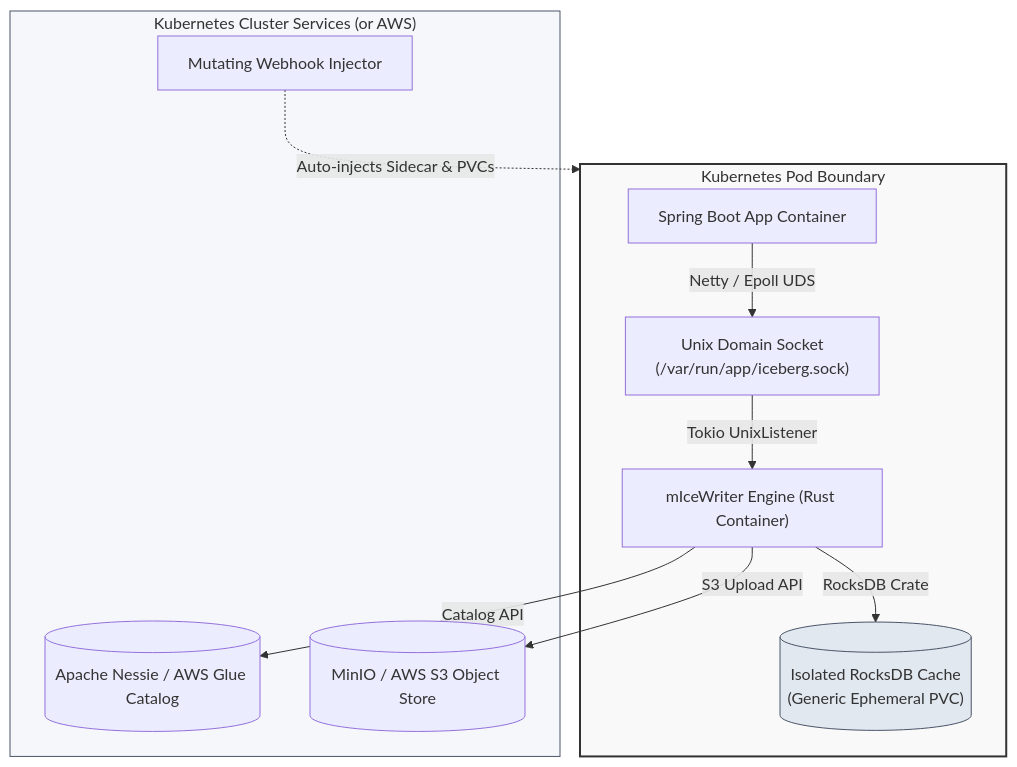
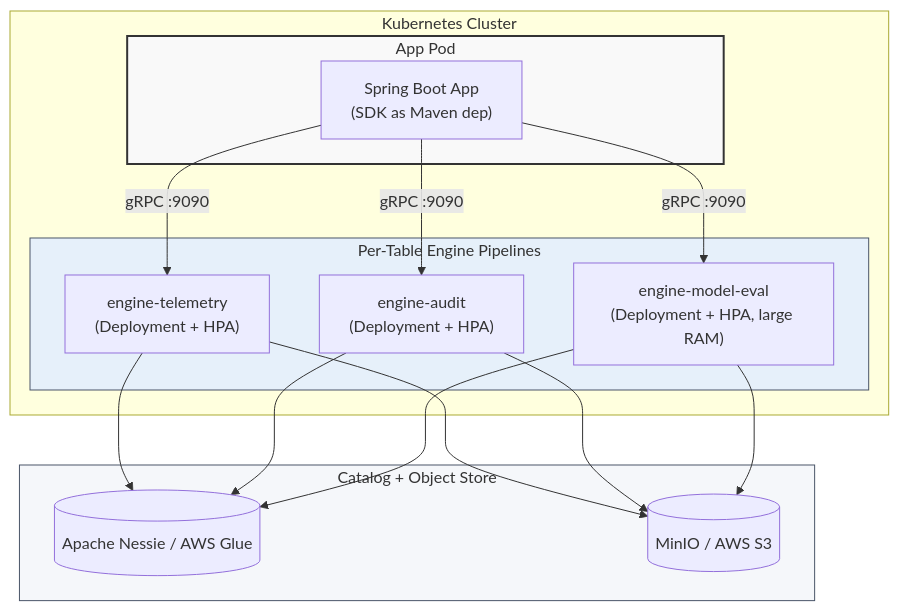
Before and after one commit to markovarghese/micewriter-hub: the diagram in README.md, drawn with Mermaid. The commit also changed other lines of this file and 13 other files, not shown here.

First line of the commit message:
docs: Introduce v2 per-table engine pipelines; preserve v1 architecture

````diff
--- a/README.md
+++ b/README.md
@@ -31,22 +33,34 @@
 ```mermaid
 graph TD
-    subgraph K8sPod ["Kubernetes Pod Boundary"]
-        App["Spring Boot App Container"] -->|Netty / Epoll UDS| UDS["Unix Domain Socket<br/>(/var/run/app/iceberg.sock)"]
-        UDS -->|Tokio UnixListener| Engine["mIceWriter Engine (Rust Container)"]
-        Engine -->|RocksDB Crate| RocksDB[("Isolated RocksDB Cache<br/>(Generic Ephemeral PVC)")]
+    subgraph K8sCluster ["Kubernetes Cluster"]
+        subgraph AppPod ["App Pod"]
+            App["Spring Boot App<br/>(SDK as Maven dep)"]
+        end
+
+        subgraph Pipelines ["Per-Table Engine Pipelines"]
+            PipeT["engine-telemetry<br/>(Deployment + HPA)"]
+            PipeA["engine-audit<br/>(Deployment + HPA)"]
+            PipeM["engine-model-eval<br/>(Deployment + HPA, large RAM)"]
+        end
+
+        App -->|gRPC :9090| PipeT
+        App -->|gRPC :9090| PipeA
+        App -->|gRPC :9090| PipeM
     end
 
-    subgraph K8sCluster ["Kubernetes Cluster Services (or AWS)"]
-        Catalog[("Apache Nessie / AWS Glue Catalog")]
-        ObjectStore[("MinIO / AWS S3 Object Store")]
-        Webhook["Mutating Webhook Injector"]
+    subgraph CloudOrLocal ["Catalog + Object Store"]
+        Catalog[("Apache Nessie / AWS Glue")]
+        ObjectStore[("MinIO / AWS S3")]
     end
 
-    Engine -->|Catalog API| Catalog
-    Engine -->|S3 Upload API| ObjectStore
-    Webhook -.->|Auto-injects Sidecar & PVCs| K8sPod
+    PipeT --> Catalog
+    PipeT --> ObjectStore
+    PipeA --> Catalog
+    PipeA --> ObjectStore
+    PipeM --> Catalog
+    PipeM --> ObjectStore
 
-    style K8sPod fill:#f9f9f9,stroke:#333,stroke-width:2px
-    style K8sCluster fill:#f5f7fa,stroke:#4a5568,stroke-width:1px
-    style RocksDB fill:#e2e8f0,stroke:#4a5568,stroke-width:1px
+    style AppPod fill:#f9f9f9,stroke:#333,stroke-width:2px
+    style Pipelines fill:#e6f0fa,stroke:#4a5568,stroke-width:1px
+    style CloudOrLocal fill:#f5f7fa,stroke:#4a5568,stroke-width:1px
 ```
````
